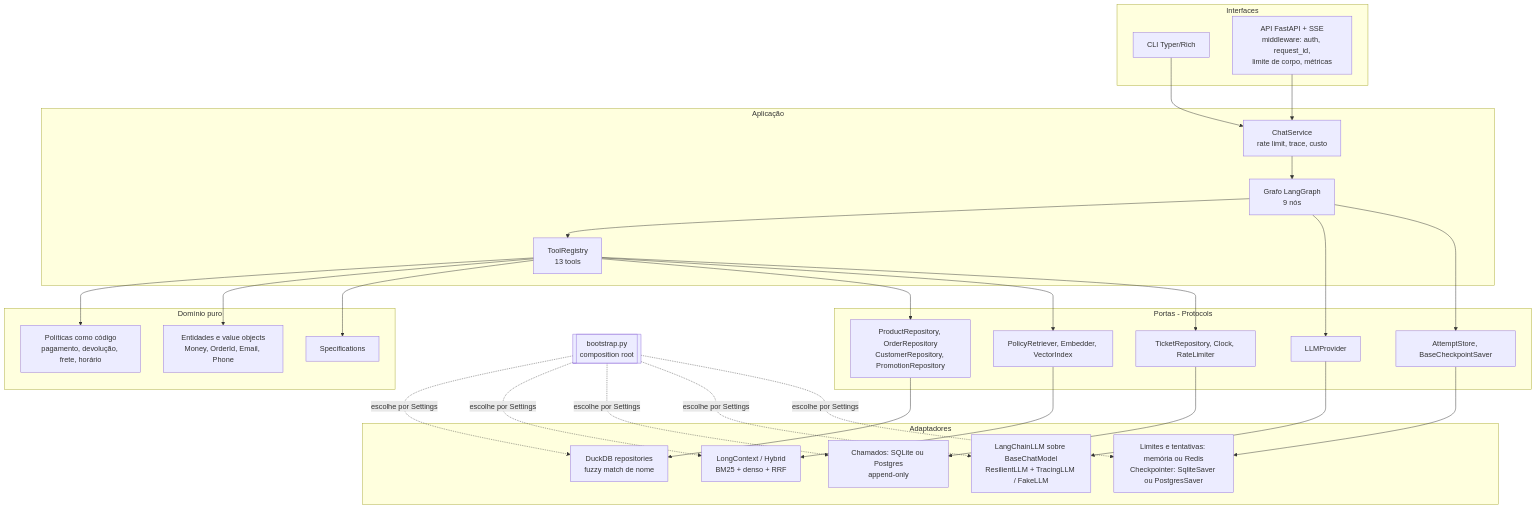
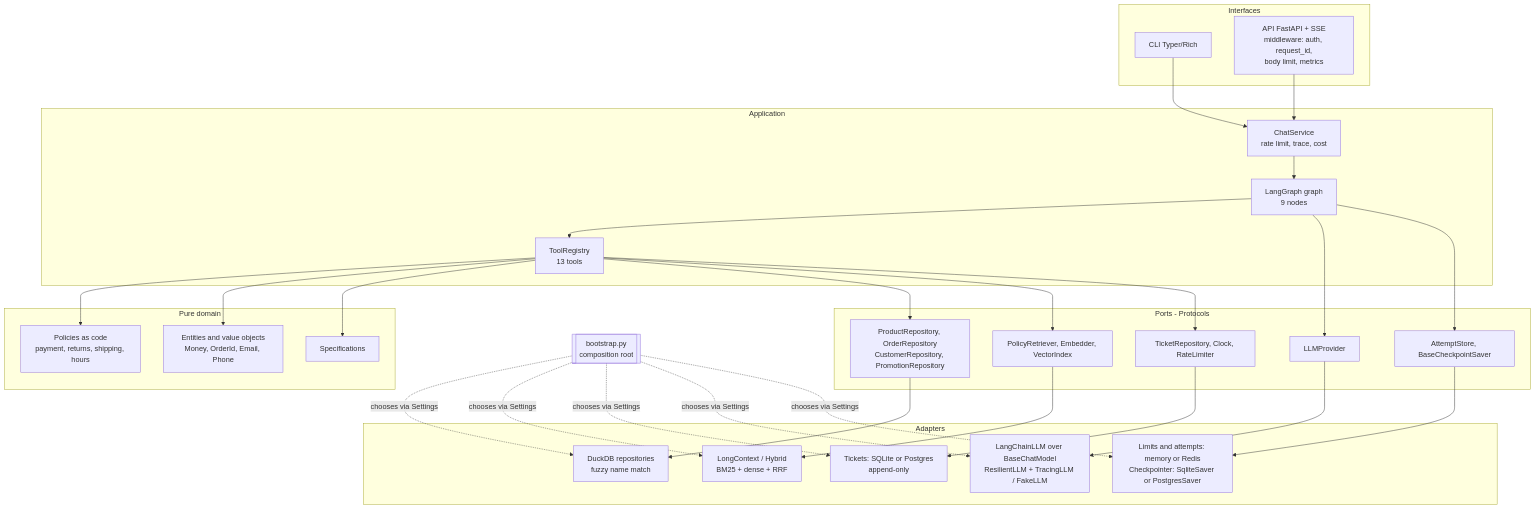
One commit to SamuelMauli/music-store-agent changed the second of 3 diagrams in README.md. Above: the diagram before and after it, drawn with Mermaid. The commit also changed other lines of this file, not shown here.

````diff
--- a/README.md
+++ b/README.md
@@ -165,44 +167,44 @@
 ```mermaid
 flowchart TB
     subgraph Interfaces
         CLI[CLI Typer/Rich]
-        API[API FastAPI + SSE<br/>middleware: auth, request_id,<br/>limite de corpo, métricas]
+        API[API FastAPI + SSE<br/>middleware: auth, request_id,<br/>body limit, metrics]
     end
-    subgraph Aplicacao[Aplicação]
-        SVC[ChatService<br/>rate limit, trace, custo]
-        GRAPH[Grafo LangGraph<br/>9 nós]
+    subgraph Aplicacao[Application]
+        SVC[ChatService<br/>rate limit, trace, cost]
+        GRAPH[LangGraph graph<br/>9 nodes]
         TOOLS[ToolRegistry<br/>13 tools]
     end
-    subgraph Dominio[Domínio puro]
-        ENT[Entidades e value objects<br/>Money, OrderId, Email, Phone]
-        POL[Políticas como código<br/>pagamento, devolução, frete, horário]
+    subgraph Dominio[Pure domain]
+        ENT[Entities and value objects<br/>Money, OrderId, Email, Phone]
+        POL[Policies as code<br/>payment, returns, shipping, hours]
         SPEC[Specifications]
     end
-    subgraph Portas[Portas - Protocols]
+    subgraph Portas[Ports - Protocols]
         P1[ProductRepository, OrderRepository<br/>CustomerRepository, PromotionRepository]
         P2[PolicyRetriever, Embedder, VectorIndex]
         P3[TicketRepository, Clock, RateLimiter]
         P4[LLMProvider]
         P5[AttemptStore, BaseCheckpointSaver]
     end
-    subgraph Adaptadores
-        A1[DuckDB repositories<br/>fuzzy match de nome]
-        A2[LongContext / Hybrid<br/>BM25 + denso + RRF]
-        A3[Chamados: SQLite ou Postgres<br/>append-only]
-        A4[LangChainLLM sobre BaseChatModel<br/>ResilientLLM + TracingLLM / FakeLLM]
-        A5[Limites e tentativas: memória ou Redis<br/>Checkpointer: SqliteSaver ou PostgresSaver]
+    subgraph Adaptadores[Adapters]
+        A1[DuckDB repositories<br/>fuzzy name match]
+        A2[LongContext / Hybrid<br/>BM25 + dense + RRF]
+        A3[Tickets: SQLite or Postgres<br/>append-only]
+        A4[LangChainLLM over BaseChatModel<br/>ResilientLLM + TracingLLM / FakeLLM]
+        A5[Limits and attempts: memory or Redis<br/>Checkpointer: SqliteSaver or PostgresSaver]
     end
     BOOT[[bootstrap.py<br/>composition root]]
     CLI --> SVC
     API --> SVC
     SVC --> GRAPH --> TOOLS
     TOOLS --> POL & ENT & SPEC
     TOOLS --> P1 & P2 & P3
     GRAPH --> P4 & P5
     P1 --> A1
     P2 --> A2
     P3 --> A3
     P4 --> A4
     P5 --> A5
-    BOOT -. escolhe por Settings .-> A1 & A2 & A3 & A4 & A5
+    BOOT -. chooses via Settings .-> A1 & A2 & A3 & A4 & A5
 ```
````
